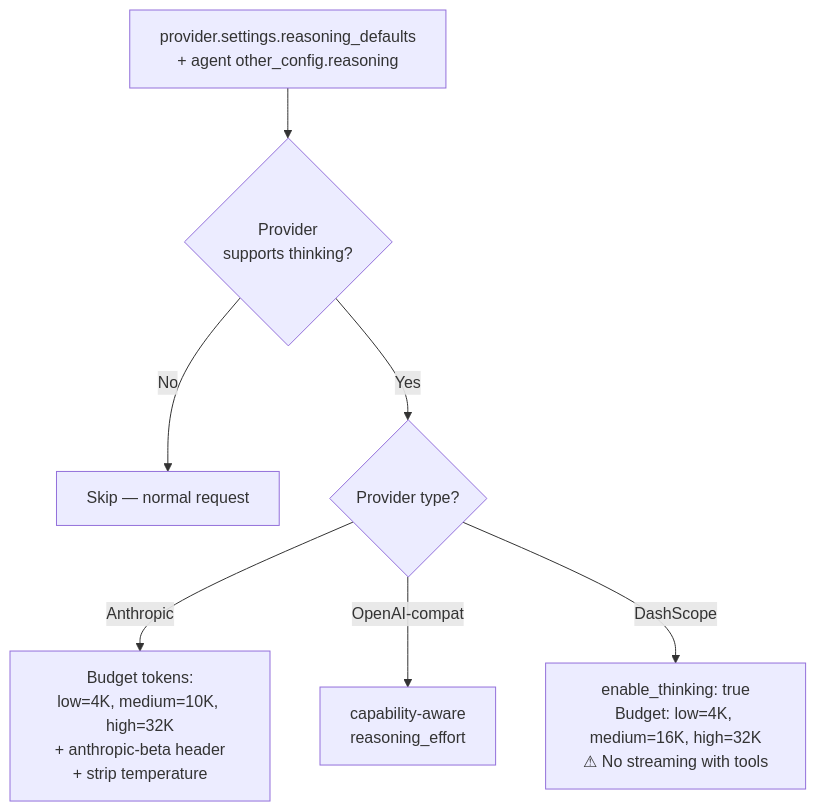
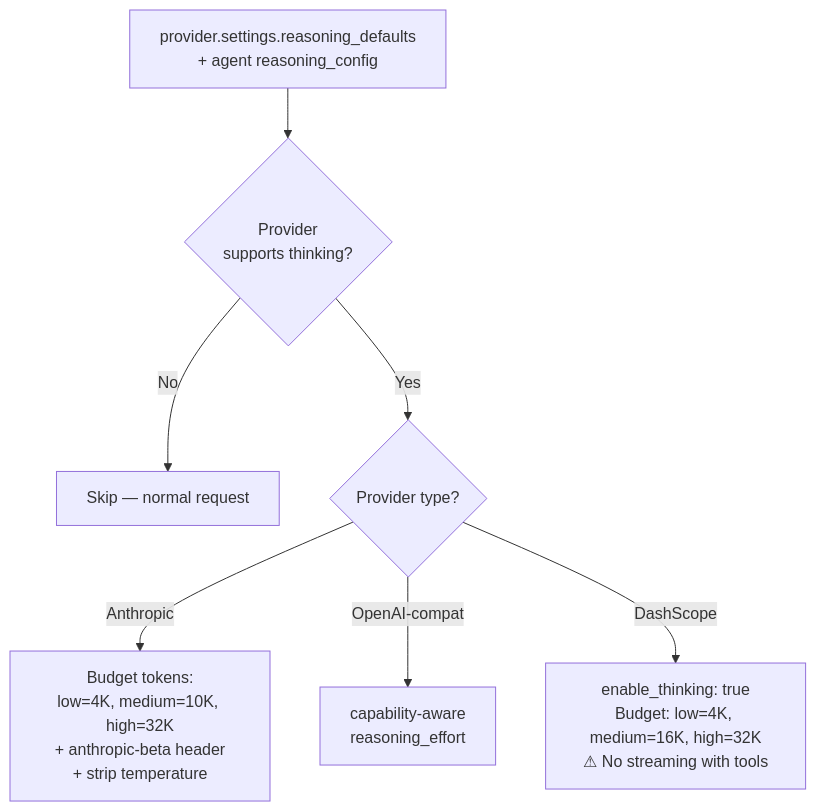
One commit to nextlevelbuilder/goclaw changed the seventh of 9 diagrams in docs/02-providers.md. Above: the diagram before and after it, drawn with Mermaid. The commit also changed other lines of this file and 284 other files, not shown here.

````diff
--- a/docs/02-providers.md
+++ b/docs/02-providers.md
@@ -280,10 +280,10 @@
 ```mermaid
 flowchart TD
-    LEVEL["provider.settings.reasoning_defaults<br/>+ agent other_config.reasoning"] --> CHECK{"Provider<br/>supports thinking?"}
+    LEVEL["provider.settings.reasoning_defaults<br/>+ agent reasoning_config"] --> CHECK{"Provider<br/>supports thinking?"}
     CHECK -->|No| SKIP["Skip — normal request"]
     CHECK -->|Yes| TYPE{"Provider type?"}
 
     TYPE -->|Anthropic| ANTH["Budget tokens:<br/>low=4K, medium=10K, high=32K<br/>+ anthropic-beta header<br/>+ strip temperature"]
     TYPE -->|OpenAI-compat| OAI["capability-aware<br/>reasoning_effort"]
     TYPE -->|DashScope| DASH["enable_thinking: true<br/>Budget: low=4K, medium=16K, high=32K<br/>⚠ No streaming with tools"]
 ```
````
